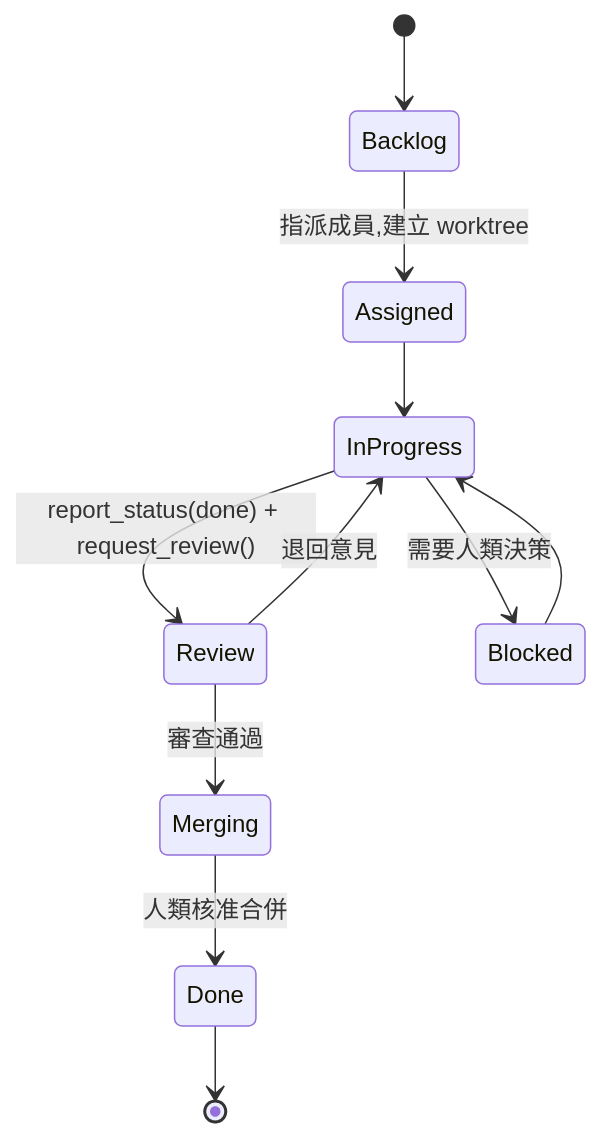
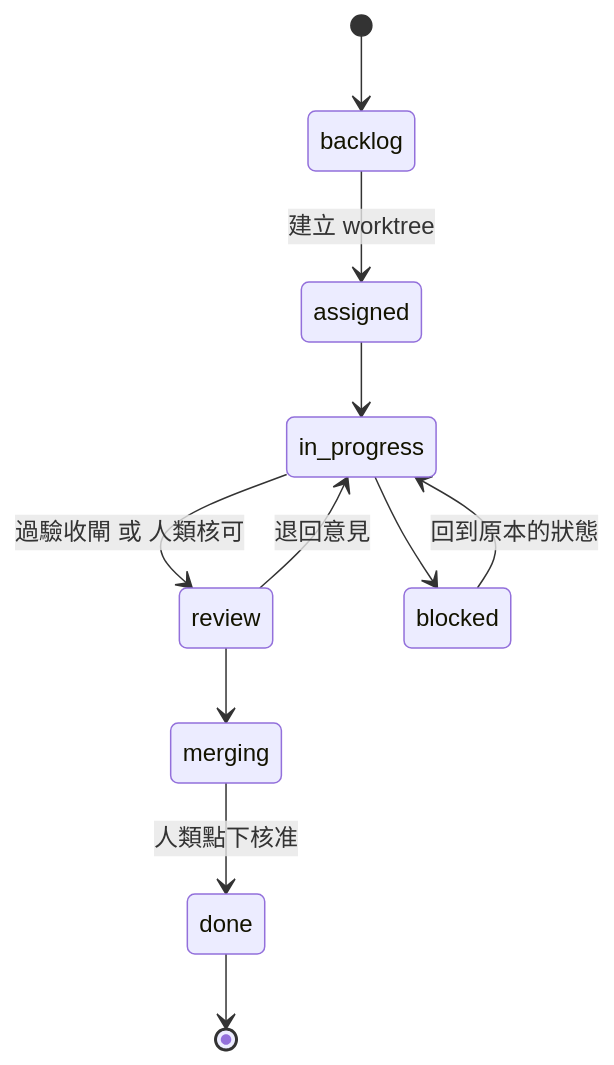
The third of 3 diagrams in README.zh-Hant.md (xing-101729/deskmony), drawn with Mermaid before and after one commit. The commit also changed other lines of this file and 2 other files, not shown here.

First line of the commit message:
Rewrite both READMEs from the audited architecture

````diff
--- a/README.zh-Hant.md
+++ b/README.zh-Hant.md
@@ -126,13 +168,13 @@
 ```mermaid
 stateDiagram-v2
-    [*] --> Backlog
-    Backlog --> Assigned: 指派成員,建立 worktree
-    Assigned --> InProgress
-    InProgress --> Review: report_status(done) + request_review()
-    Review --> InProgress: 退回意見
-    Review --> Merging: 審查通過
-    Merging --> Done: 人類核准合併
-    Done --> [*]
-    InProgress --> Blocked: 需要人類決策
-    Blocked --> InProgress
+    [*] --> backlog
+    backlog --> assigned: 建立 worktree
+    assigned --> in_progress
+    in_progress --> review: 過驗收閘 或 人類核可
+    review --> in_progress: 退回意見
+    review --> merging
+    merging --> done: 人類點下核准
+    done --> [*]
+    in_progress --> blocked
+    blocked --> in_progress: 回到原本的狀態
 ```
````
